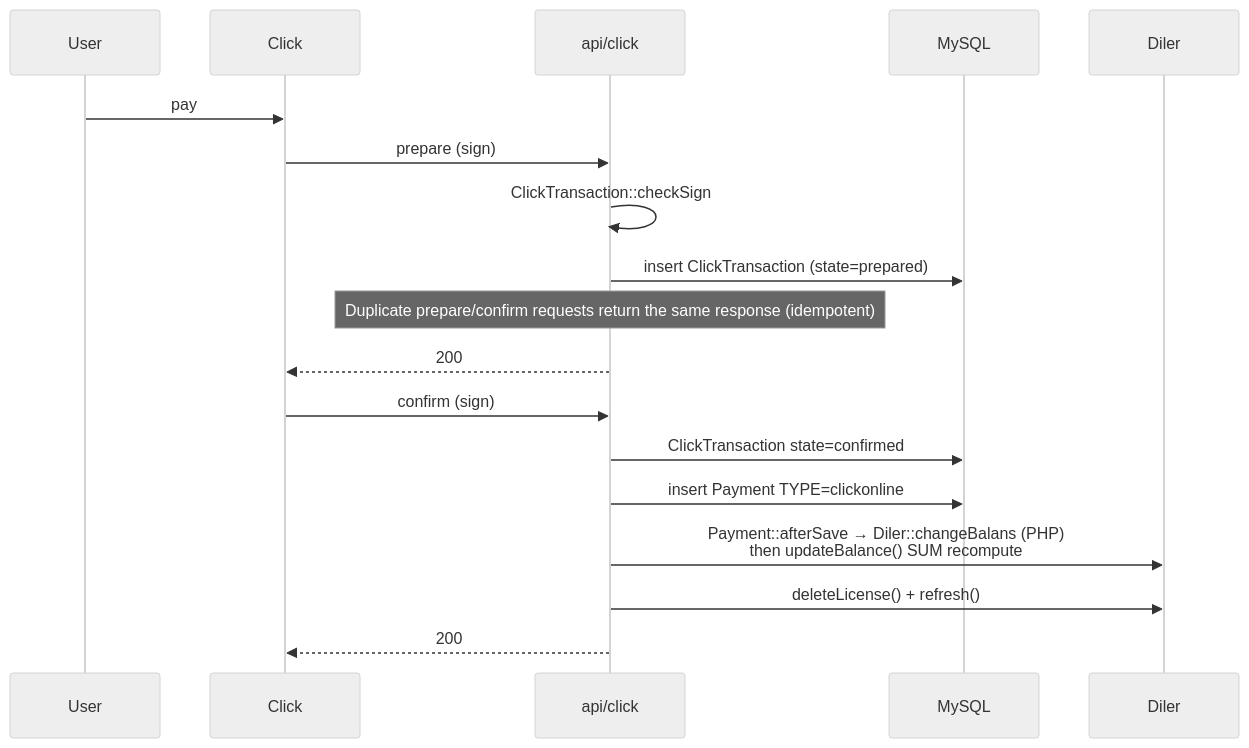
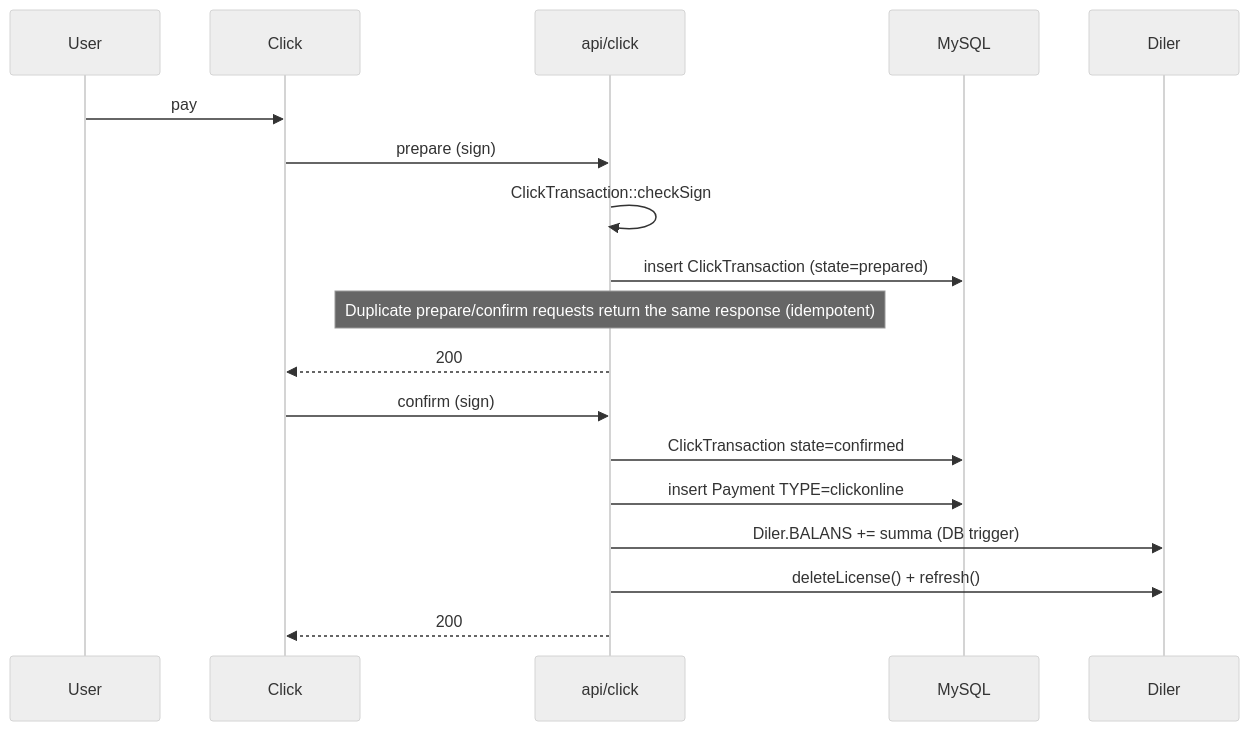
One commit to jamshidtulaganov/sd-doc changed diagram 20 of 33 in docs/diagrams/sd-billing.md. Above: the diagram before and after it, drawn with Mermaid (neutral theme). The commit also changed other lines of this file and 605 other files, not shown here.

````diff
--- a/docs/diagrams/sd-billing.md
+++ b/docs/diagrams/sd-billing.md
@@ -448,20 +731,20 @@
 ```mermaid
 sequenceDiagram
   participant U as User
   participant C as Click
   participant API as api/click
   participant DB as MySQL
   participant D as Diler
   U->>C: pay
   C->>API: prepare (sign)
   API->>API: ClickTransaction::checkSign
   API->>DB: insert ClickTransaction (state=prepared)
   Note over API: Duplicate prepare/confirm requests return the same response (idempotent)
   API-->>C: 200
   C->>API: confirm (sign)
   API->>DB: ClickTransaction state=confirmed
   API->>DB: insert Payment TYPE=clickonline
-  API->>D: Payment::afterSave → Diler::changeBalans (PHP)<br/>then updateBalance() SUM recompute
+  API->>D: Diler.BALANS += summa (DB trigger)
   API->>D: deleteLicense() + refresh()
   API-->>C: 200
 ```
````
